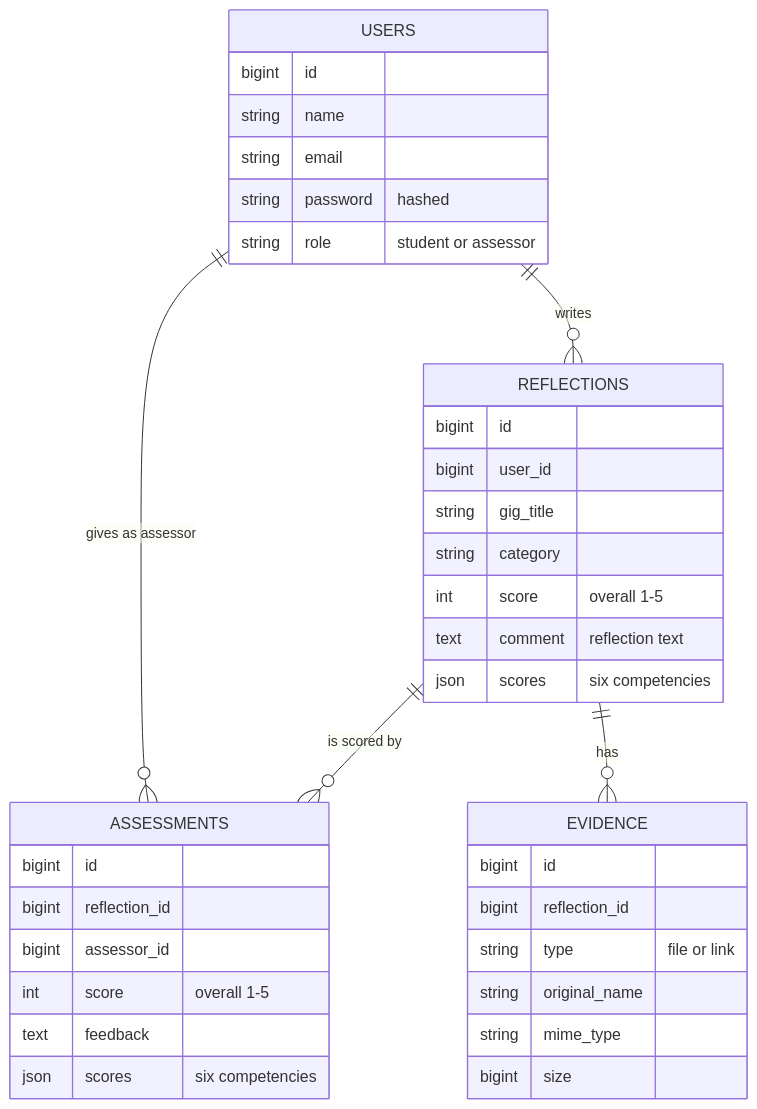
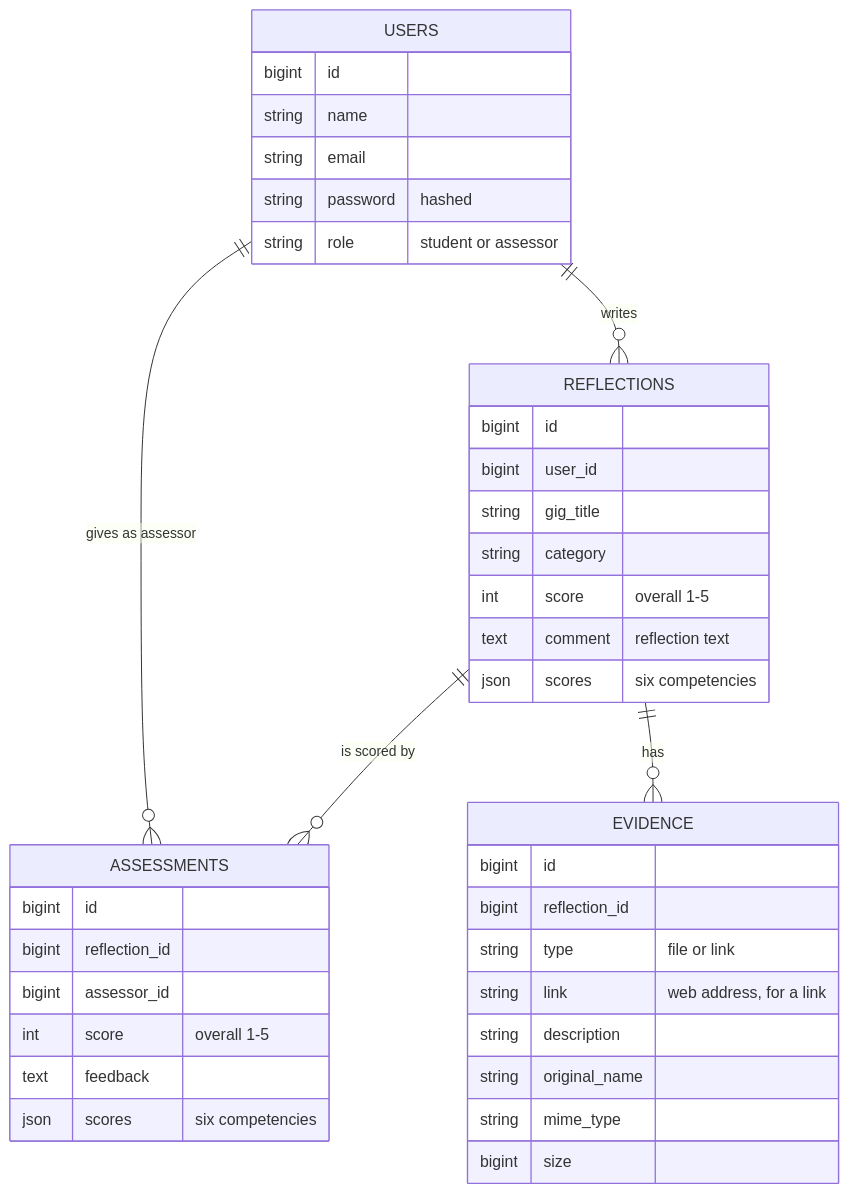
Before and after one commit to Anh-B/CSE3CAP: the second of 3 diagrams in README.md, drawn with Mermaid. The commit also changed other lines of this file, not shown here.

````diff
--- a/README.md
+++ b/README.md
@@ -118,39 +119,41 @@
 ```mermaid
 erDiagram
     USERS ||--o{ REFLECTIONS : writes
     REFLECTIONS ||--o{ ASSESSMENTS : "is scored by"
     REFLECTIONS ||--o{ EVIDENCE : "has"
     USERS ||--o{ ASSESSMENTS : "gives as assessor"
     USERS {
         bigint id
         string name
         string email
         string password "hashed"
         string role "student or assessor"
     }
     REFLECTIONS {
         bigint id
         bigint user_id
         string gig_title
         string category
         int score "overall 1-5"
         text comment "reflection text"
         json scores "six competencies"
     }
     ASSESSMENTS {
         bigint id
         bigint reflection_id
         bigint assessor_id
         int score "overall 1-5"
         text feedback
         json scores "six competencies"
     }
     EVIDENCE {
         bigint id
         bigint reflection_id
         string type "file or link"
+        string link "web address, for a link"
+        string description
         string original_name
         string mime_type
         bigint size
     }
 ```
````
